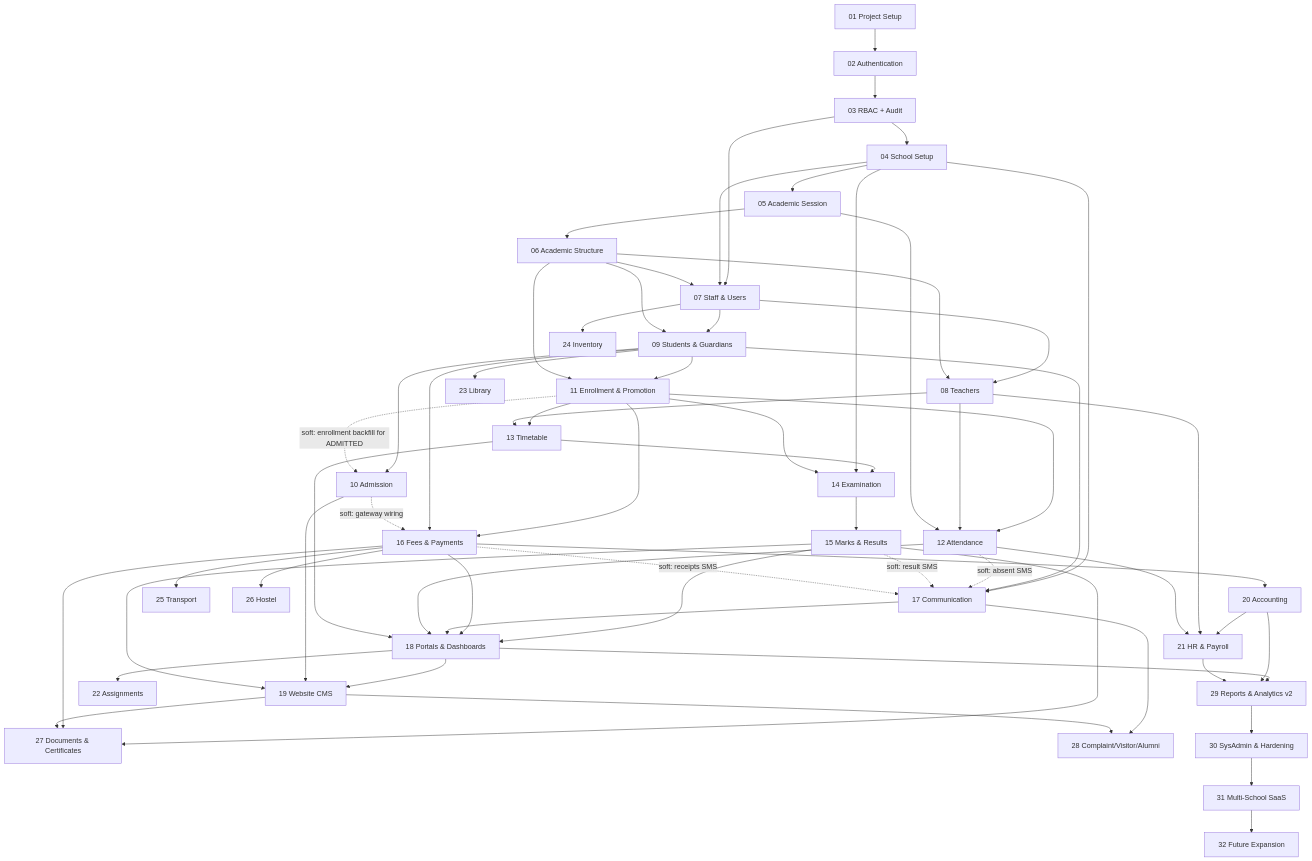
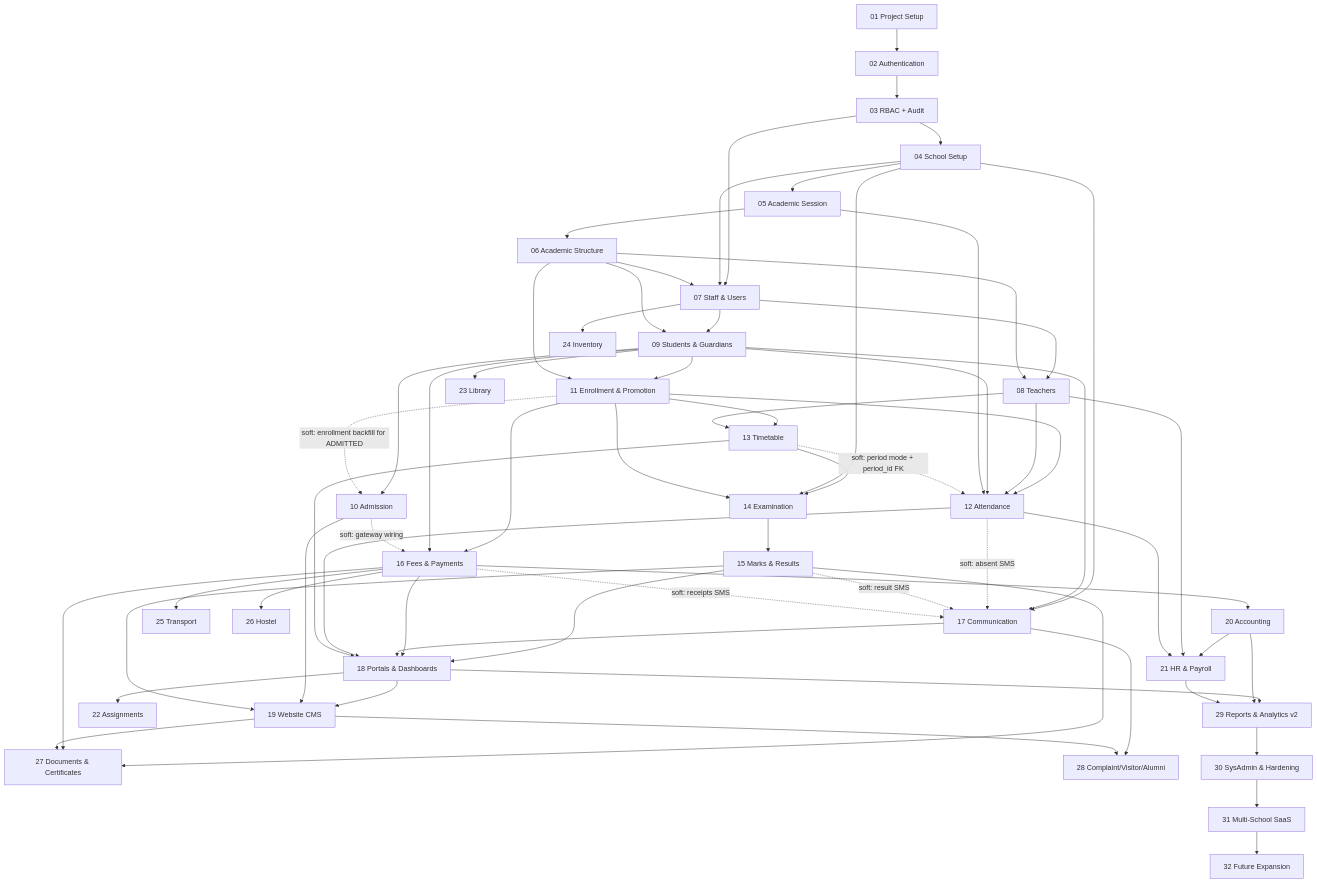
Before and after one commit to returnhexofficial-cmd/HexSchool: the diagram in MODULE_DEPENDENCIES.md, drawn with Mermaid. The commit also changed other lines of this file and 68 other files, not shown here.

````diff
--- a/MODULE_DEPENDENCIES.md
+++ b/MODULE_DEPENDENCIES.md
@@ -8,64 +8,66 @@
 ```mermaid
 graph TD
     M01[01 Project Setup] --> M02[02 Authentication]
     M02 --> M03[03 RBAC + Audit]
     M03 --> M04[04 School Setup]
     M04 --> M05[05 Academic Session]
     M05 --> M06[06 Academic Structure]
     M03 --> M07[07 Staff & Users]
     M04 --> M07
     M06 --> M07
     M07 --> M08[08 Teachers]
     M06 --> M08
     M07 --> M09[09 Students & Guardians]
     M06 --> M09
     M09 --> M10[10 Admission]
     M09 --> M11[11 Enrollment & Promotion]
     M06 --> M11
     M11 -. soft: enrollment backfill for ADMITTED .-> M10
     M11 --> M12[12 Attendance]
     M08 --> M12
+    M09 --> M12
     M05 --> M12
+    M13 -. soft: period mode + period_id FK .-> M12
     M11 --> M13[13 Timetable]
     M08 --> M13
     M13 --> M14[14 Examination]
     M04 --> M14
     M11 --> M14
     M14 --> M15[15 Marks & Results]
     M11 --> M16[16 Fees & Payments]
     M09 --> M16
     M04 --> M17[17 Communication]
     M09 --> M17
     M12 -. soft: absent SMS .-> M17
     M15 -. soft: result SMS .-> M17
     M16 -. soft: receipts SMS .-> M17
     M10 -. soft: gateway wiring .-> M16
     M15 --> M18[18 Portals & Dashboards]
     M16 --> M18
     M17 --> M18
     M12 --> M18
     M13 --> M18
     M18 --> M19[19 Website CMS]
     M10 --> M19
     M15 --> M19
     M16 --> M20[20 Accounting]
     M20 --> M21[21 HR & Payroll]
     M08 --> M21
     M12 --> M21
     M18 --> M22[22 Assignments]
     M09 --> M23[23 Library]
     M07 --> M24[24 Inventory]
     M16 --> M25[25 Transport]
     M16 --> M26[26 Hostel]
     M15 --> M27[27 Documents & Certificates]
     M16 --> M27
     M19 --> M27
     M17 --> M28[28 Complaint/Visitor/Alumni]
     M19 --> M28
     M18 --> M29[29 Reports & Analytics v2]
     M20 --> M29
     M21 --> M29
     M29 --> M30[30 SysAdmin & Hardening]
     M30 --> M31[31 Multi-School SaaS]
     M31 --> M32[32 Future Expansion]
 ```
````
